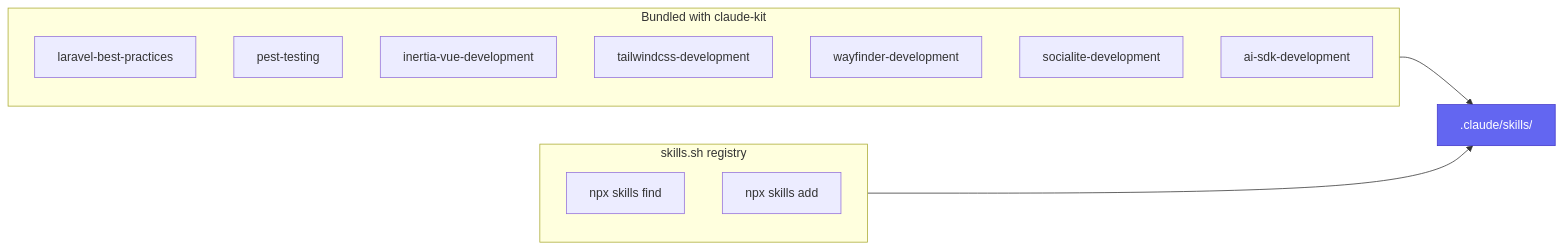
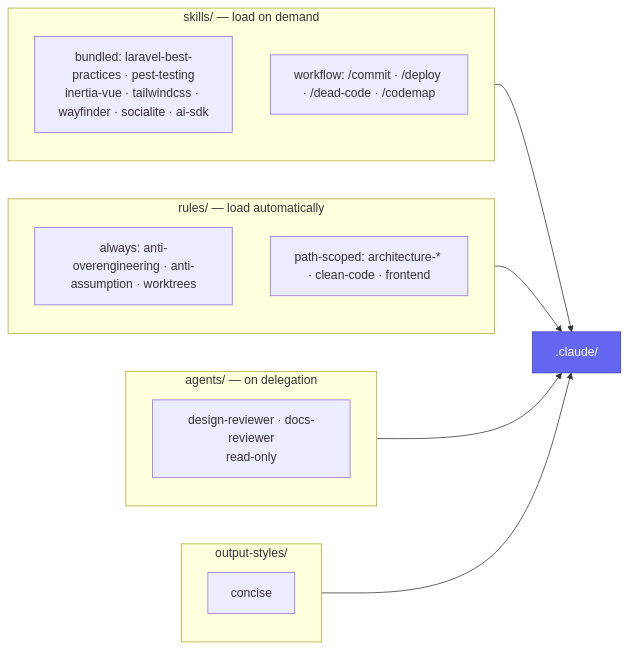
The diagram in docs/Skills.md (mohamed-ashraf-elsaed/claude-kit), drawn with Mermaid before and after one commit. The commit also changed other lines of this file and 75 other files, not shown here.

````diff
--- a/docs/Skills.md
+++ b/docs/Skills.md
@@ -5,20 +5,20 @@
 ```mermaid
 flowchart LR
-    subgraph Bundled [Bundled with claude-kit]
-        B1[laravel-best-practices]
-        B2[pest-testing]
-        B3[inertia-vue-development]
-        B4[tailwindcss-development]
-        B5[wayfinder-development]
-        B6[socialite-development]
-        B7[ai-sdk-development]
+    subgraph Sk [skills/ — load on demand]
+        B[bundled: laravel-best-practices · pest-testing<br/>inertia-vue · tailwindcss · wayfinder · socialite · ai-sdk]
+        W["workflow: /commit · /deploy · /dead-code · /codemap"]
     end
-    subgraph More [skills.sh registry]
-        M1[npx skills find]
-        M2[npx skills add]
+    subgraph Ru [rules/ — load automatically]
+        R1[always: anti-overengineering · anti-assumption · worktrees]
+        R2["path-scoped: architecture-* · clean-code · frontend"]
     end
-    Bundled --> C[.claude/skills/]
-    More --> C
+    subgraph Ag [agents/ — on delegation]
+        A[design-reviewer · docs-reviewer<br/>read-only]
+    end
+    subgraph Os [output-styles/]
+        O[concise]
+    end
+    Sk & Ru & Ag & Os --> C[.claude/]
     classDef c fill:#6366f1,stroke:#4338ca,color:#fff;
     class C c;
 ```
````
